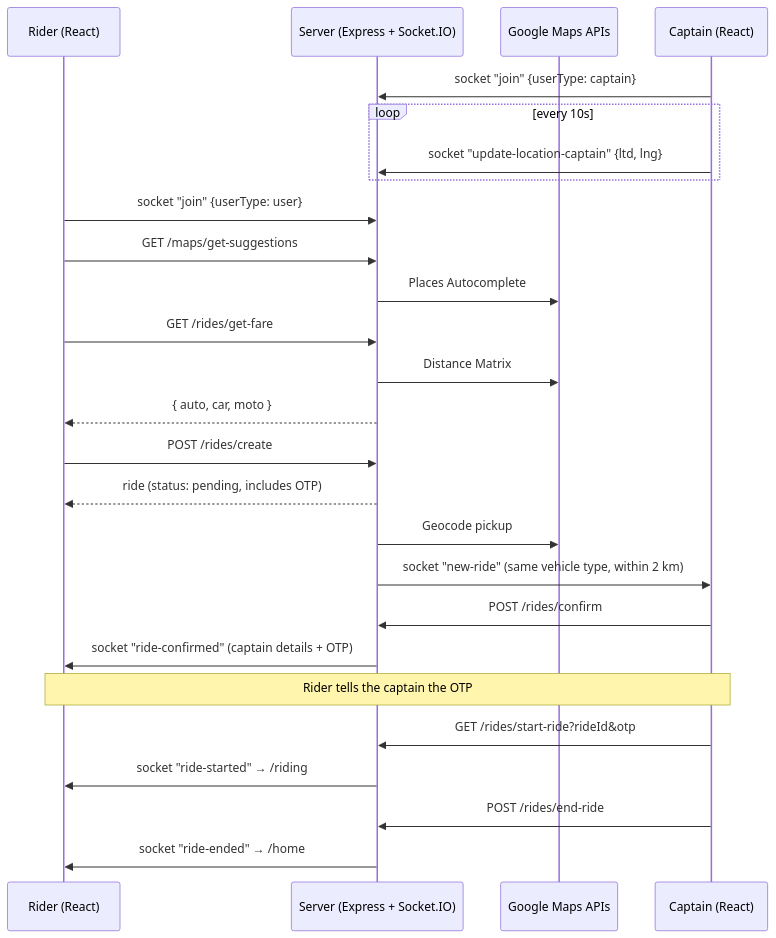
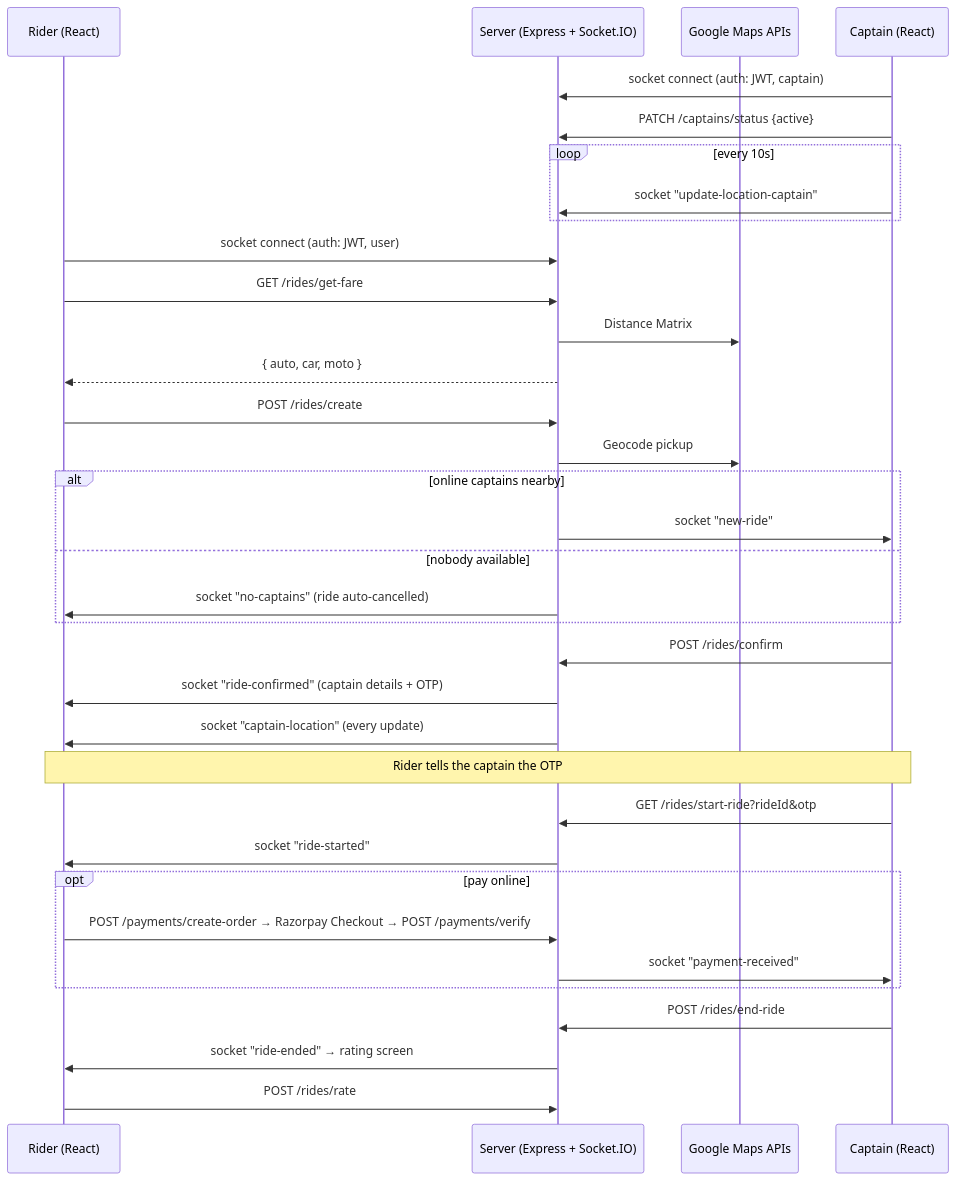
The diagram in README.md (mohityadav24952-ai/VeloxRide), drawn with Mermaid before and after one commit. The commit also changed other lines of this file and 48 other files, not shown here.

First line of the commit message:
Add ride cancellation, live tracking, payments, ratings and history

````diff
--- a/README.md
+++ b/README.md
@@ -67,29 +81,37 @@
 ```mermaid
 sequenceDiagram
     participant R as Rider (React)
     participant S as Server (Express + Socket.IO)
     participant G as Google Maps APIs
     participant C as Captain (React)
 
-    C->>S: socket "join" {userType: captain}
+    C->>S: socket connect (auth: JWT, captain)
+    C->>S: PATCH /captains/status {active}
     loop every 10s
-        C->>S: socket "update-location-captain" {ltd, lng}
+        C->>S: socket "update-location-captain"
     end
-    R->>S: socket "join" {userType: user}
-    R->>S: GET /maps/get-suggestions
-    S->>G: Places Autocomplete
+    R->>S: socket connect (auth: JWT, user)
     R->>S: GET /rides/get-fare
     S->>G: Distance Matrix
     S-->>R: { auto, car, moto }
     R->>S: POST /rides/create
-    S-->>R: ride (status: pending, includes OTP)
     S->>G: Geocode pickup
-    S->>C: socket "new-ride" (same vehicle type, within 2 km)
+    alt online captains nearby
+        S->>C: socket "new-ride"
+    else nobody available
+        S->>R: socket "no-captains" (ride auto-cancelled)
+    end
     C->>S: POST /rides/confirm
     S->>R: socket "ride-confirmed" (captain details + OTP)
+    S->>R: socket "captain-location" (every update)
     Note over R,C: Rider tells the captain the OTP
     C->>S: GET /rides/start-ride?rideId&otp
-    S->>R: socket "ride-started" → /riding
+    S->>R: socket "ride-started"
+    opt pay online
+        R->>S: POST /payments/create-order → Razorpay Checkout → POST /payments/verify
+        S->>C: socket "payment-received"
+    end
     C->>S: POST /rides/end-ride
-    S->>R: socket "ride-ended" → /home
+    S->>R: socket "ride-ended" → rating screen
+    R->>S: POST /rides/rate
 ```
````
